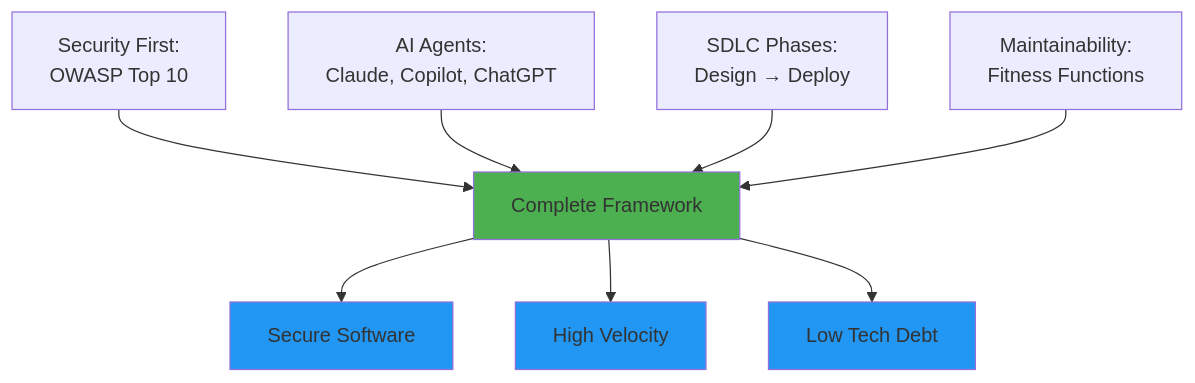
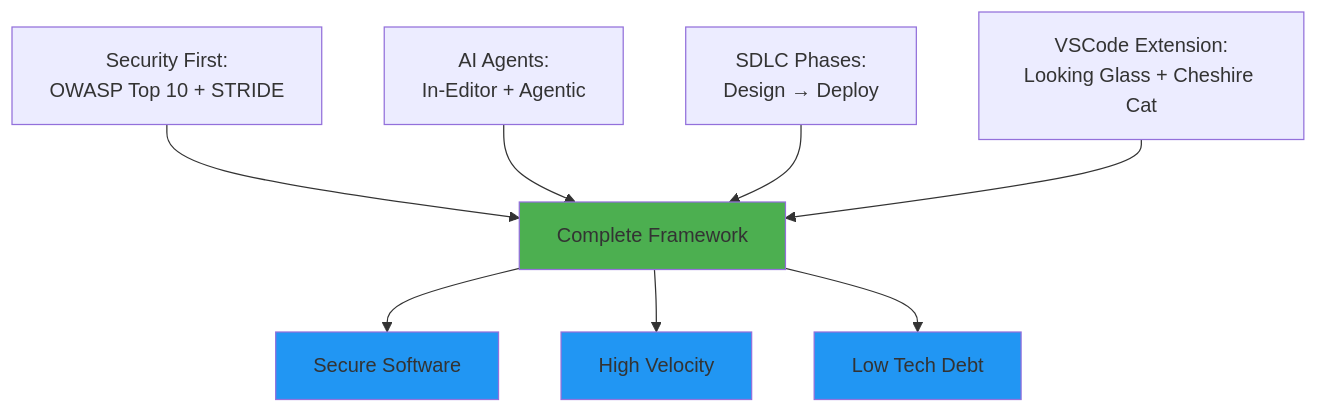
The first of 2 diagrams in site-tw/public/docs/framework.md (AliceNN-ucdenver/MaintainabilityAI), drawn with Mermaid before and after one commit. The commit also changed other lines of this file and 49 other files, not shown here.

````diff
--- a/site-tw/public/docs/framework.md
+++ b/site-tw/public/docs/framework.md
@@ -11,16 +11,16 @@
 ```mermaid
 flowchart TD
-    A[Security First:<br/>OWASP Top 10] --> E[Complete Framework]
-    B[AI Agents:<br/>Claude, Copilot, ChatGPT] --> E
+    A[Security First:<br/>OWASP Top 10 + STRIDE] --> E[Complete Framework]
+    B[AI Agents:<br/>In-Editor + Agentic] --> E
     C[SDLC Phases:<br/>Design → Deploy] --> E
-    D[Maintainability:<br/>Fitness Functions] --> E
+    D[VSCode Extension:<br/>Looking Glass + Cheshire Cat] --> E
 
     E --> F[Secure Software]
     E --> G[High Velocity]
     E --> H[Low Tech Debt]
 
     style E fill:#4CAF50
     style F fill:#2196F3
     style G fill:#2196F3
     style H fill:#2196F3
 ```
````
